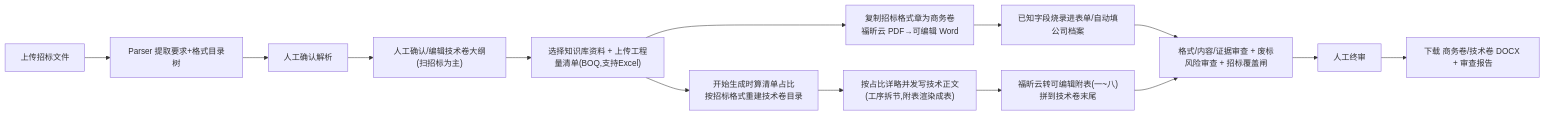
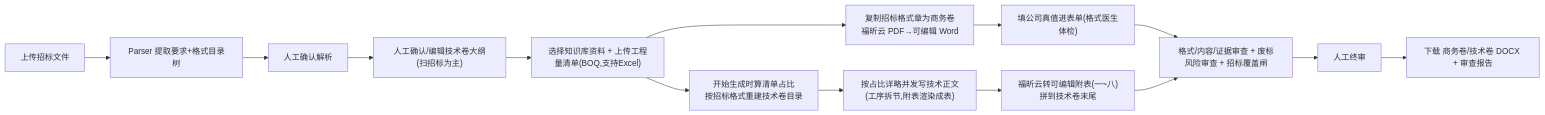
One commit to fakelilway/TenderDoc-Generator changed the diagram in minitasks.md. Above: the diagram before and after it, drawn with Mermaid. The commit also changed other lines of this file and 9 other files, not shown here.

````diff
--- a/minitasks.md
+++ b/minitasks.md
@@ -11,16 +11,16 @@
 ```mermaid
 flowchart LR
     A["上传招标文件"] --> B["Parser 提取要求+格式目录树"]
     B --> C["人工确认解析"]
     C --> C2["人工确认/编辑技术卷大纲(扫招标为主)"]
     C2 --> D["选择知识库资料 + 上传工程量清单(BOQ,支持Excel)"]
     D --> E["复制招标格式章为商务卷<br/>福昕云 PDF→可编辑 Word"]
-    E --> F["已知字段烧录进表单/自动填公司档案"]
+    E --> F["填公司真值进表单(格式医生体检)"]
     D --> G0["开始生成时算清单占比<br/>按招标格式重建技术卷目录"]
     G0 --> G["按占比详略并发写技术正文(工序拆节,附表渲染成表)"]
     G --> G2["福昕云转可编辑附表(一~八)拼到技术卷末尾"]
     F --> H["格式/内容/证据审查 + 废标风险审查 + 招标覆盖闸"]
     G2 --> H
     H --> I["人工终审"]
     I --> J["下载 商务卷/技术卷 DOCX + 审查报告"]
 ```
````
